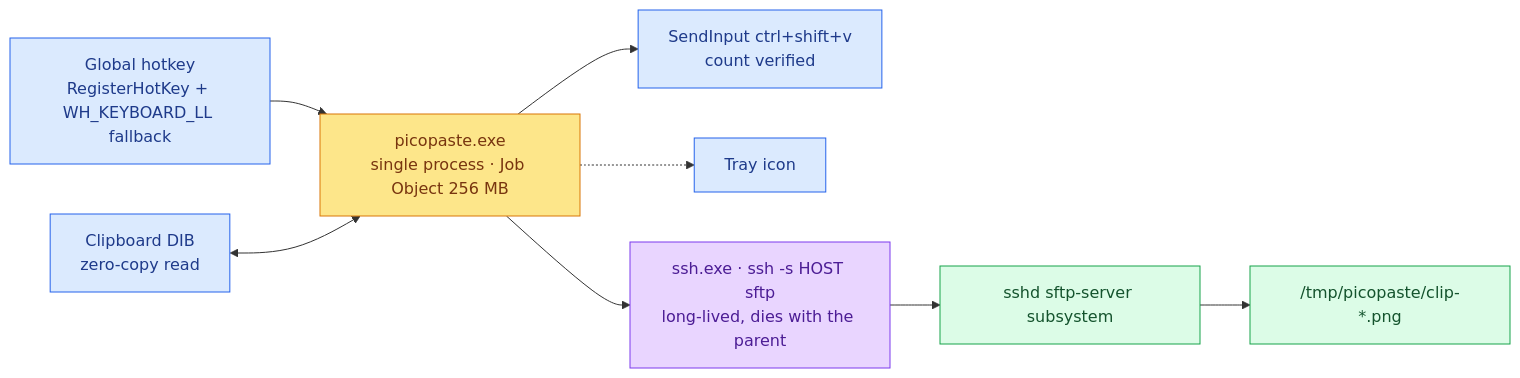
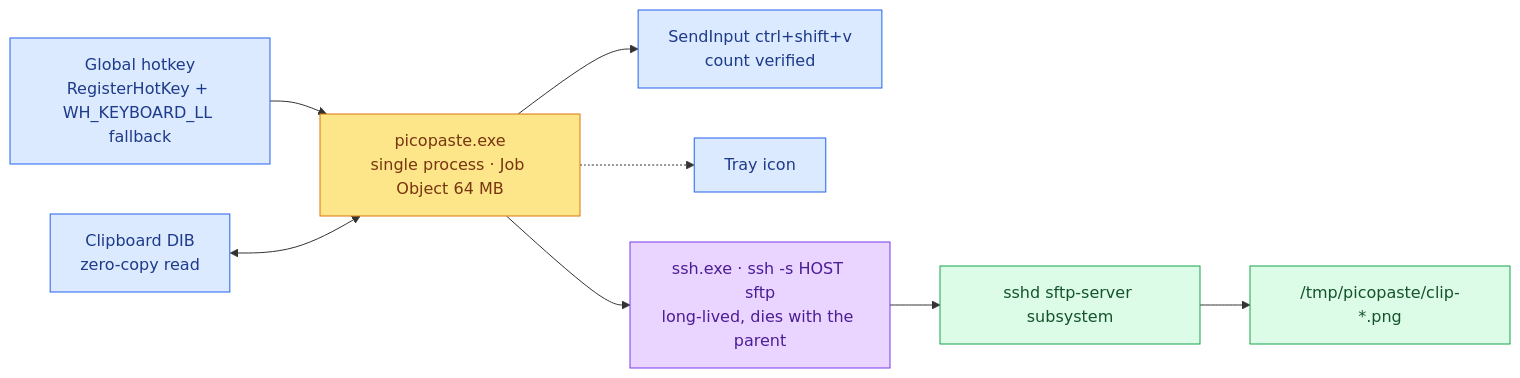
The first of 3 diagrams in README.md (DeguiLiu/picopaste), drawn with Mermaid before and after one commit. The commit also changed other lines of this file and 7 other files, not shown here.

````diff
--- a/README.md
+++ b/README.md
@@ -14,22 +14,22 @@
 ```mermaid
 flowchart LR
   HK["Global hotkey<br/>RegisterHotKey + WH_KEYBOARD_LL fallback"]:::win
   CL["Clipboard DIB<br/>zero-copy read"]:::win
   IN["SendInput ctrl+shift+v<br/>count verified"]:::win
   TR["Tray icon"]:::win
-  PP["picopaste.exe<br/>single process · Job Object 256 MB"]:::core
+  PP["picopaste.exe<br/>single process · Job Object 64 MB"]:::core
   SS["ssh.exe · ssh -s HOST sftp<br/>long-lived, dies with the parent"]:::chan
   SF["sshd sftp-server subsystem"]:::rem
   RF["/tmp/picopaste/clip-*.png"]:::rem
   HK --> PP
   CL <--> PP
   PP --> IN
   PP -.-> TR
   PP --> SS
   SS --> SF
   SF --> RF
   classDef win fill:#dbeafe,stroke:#2563eb,color:#1e3a8a
   classDef core fill:#fde68a,stroke:#d97706,color:#78350f
   classDef chan fill:#e9d5ff,stroke:#7c3aed,color:#4c1d95
   classDef rem fill:#dcfce7,stroke:#16a34a,color:#14532d
 ```
````
